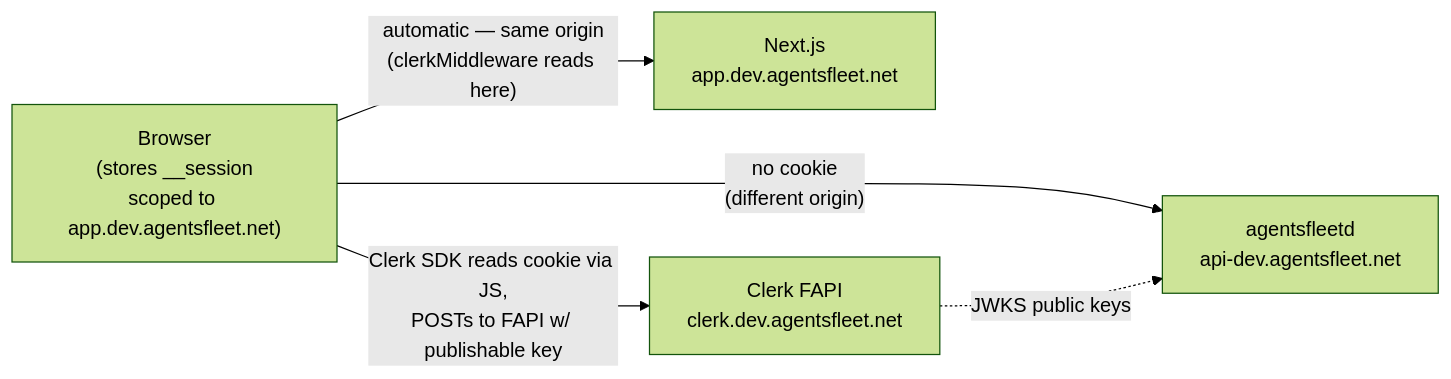
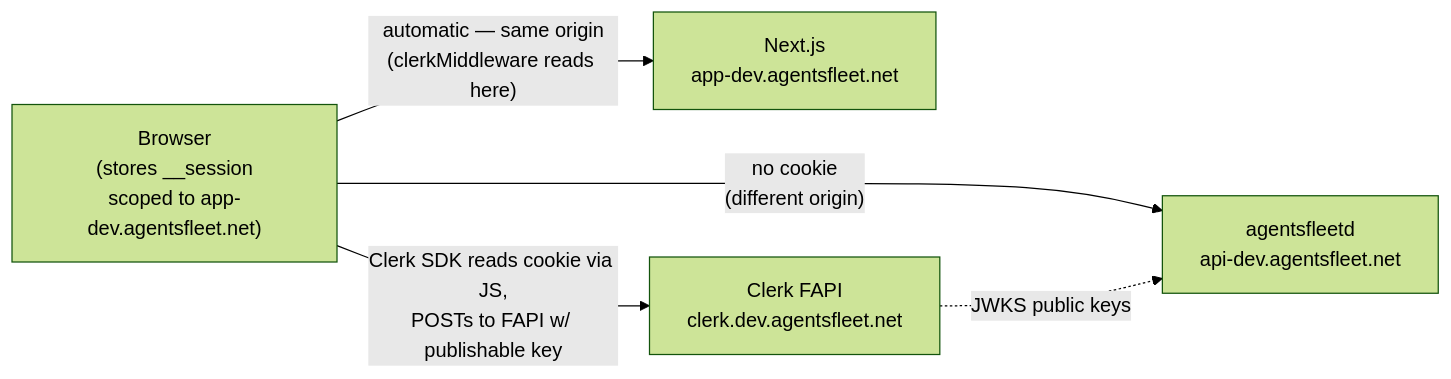
One commit to agentsfleet/agentsfleet changed the first of 6 diagrams in docs/AUTH.md. Above: the diagram before and after it, drawn with Mermaid (forest theme). The commit also changed other lines of this file and 1 other file, not shown here.

````diff
--- a/docs/AUTH.md
+++ b/docs/AUTH.md
@@ -528,10 +528,10 @@
 ```mermaid
 flowchart LR
-    Browser["Browser<br/>(stores __session<br/>scoped to app.dev.agentsfleet.net)"]
+    Browser["Browser<br/>(stores __session<br/>scoped to app-dev.agentsfleet.net)"]
 
-    Browser -- "automatic — same origin<br/>(clerkMiddleware reads here)" --> Next["Next.js<br/>app.dev.agentsfleet.net"]
+    Browser -- "automatic — same origin<br/>(clerkMiddleware reads here)" --> Next["Next.js<br/>app-dev.agentsfleet.net"]
     Browser -- "Clerk SDK reads cookie via JS,<br/>POSTs to FAPI w/ publishable key" --> Clerk["Clerk FAPI<br/>clerk.dev.agentsfleet.net"]
     Browser -- "no cookie<br/>(different origin)" --> API["agentsfleetd<br/>api-dev.agentsfleet.net"]
 
     Clerk -. "JWKS public keys" .-> API
 ```
````
